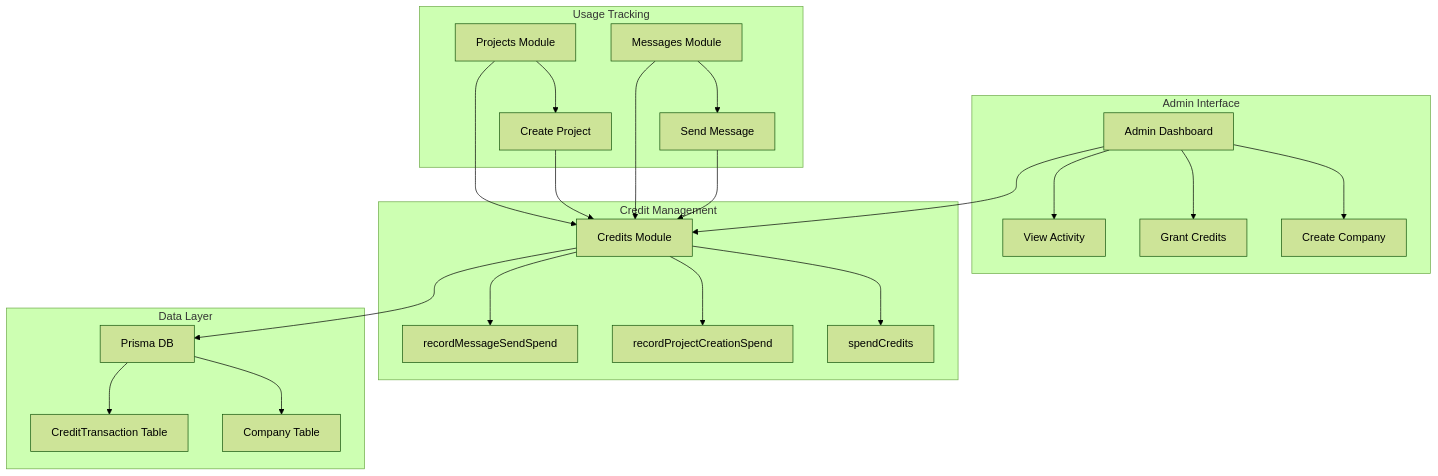
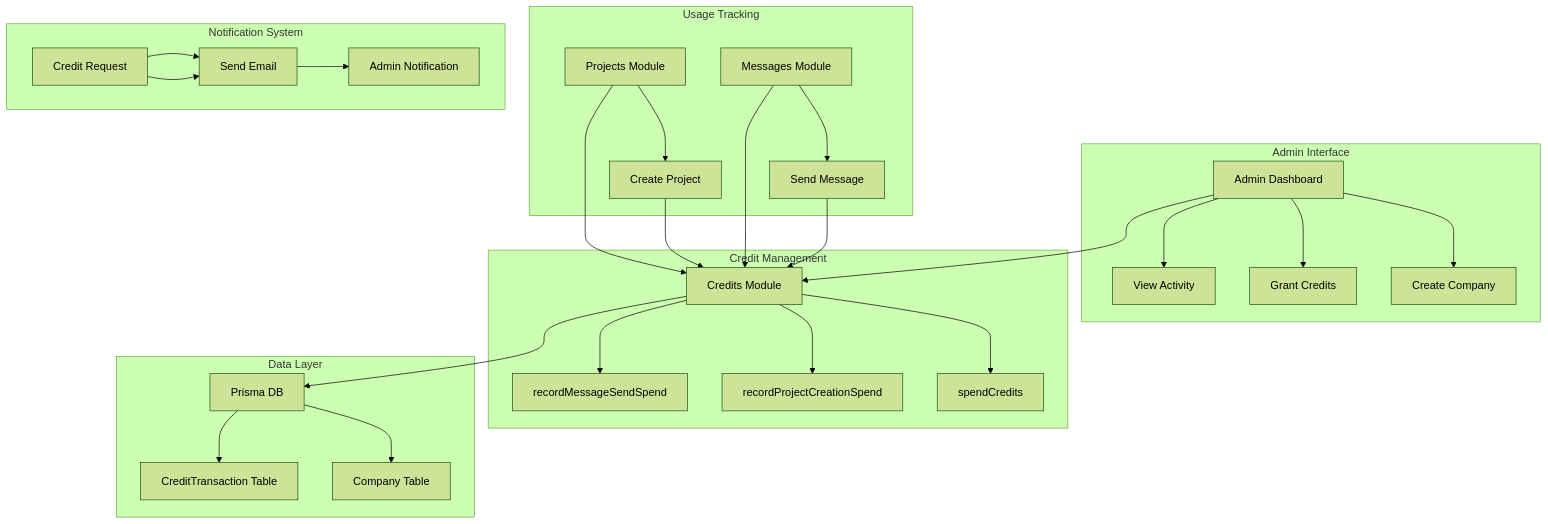
One commit to roisulimani/qai changed the first of 8 diagrams in .qoder/repowiki/en/content/Data Models & Schema Design/Company Credit Management.md. Above: the diagram before and after it, drawn with Mermaid (forest theme). The commit also changed other lines of this file and 5 other files, not shown here.

````diff
--- a/.qoder/repowiki/en/content/Data Models & Schema Design/Company Credit Management.md
+++ b/.qoder/repowiki/en/content/Data Models & Schema Design/Company Credit Management.md
@@ -52,27 +55,32 @@
 ```mermaid
 graph TB
 subgraph "Admin Interface"
 A[Admin Dashboard] --> B[Create Company]
 A --> C[Grant Credits]
 A --> D[View Activity]
 end
 subgraph "Credit Management"
 E[Credits Module] --> F[spendCredits]
 E --> G[recordProjectCreationSpend]
 E --> H[recordMessageSendSpend]
 end
 subgraph "Usage Tracking"
 I[Projects Module] --> J[Create Project]
 K[Messages Module] --> L[Send Message]
 J --> E
 L --> E
 end
 subgraph "Data Layer"
 M[Prisma DB] --> N[Company Table]
 M --> O[CreditTransaction Table]
 end
+subgraph "Notification System"
+P[Credit Request] --> Q[Send Email]
+Q --> R[Admin Notification]
+end
 A --> E
 E --> M
 I --> E
 K --> E
+P --> Q
 ```
````
